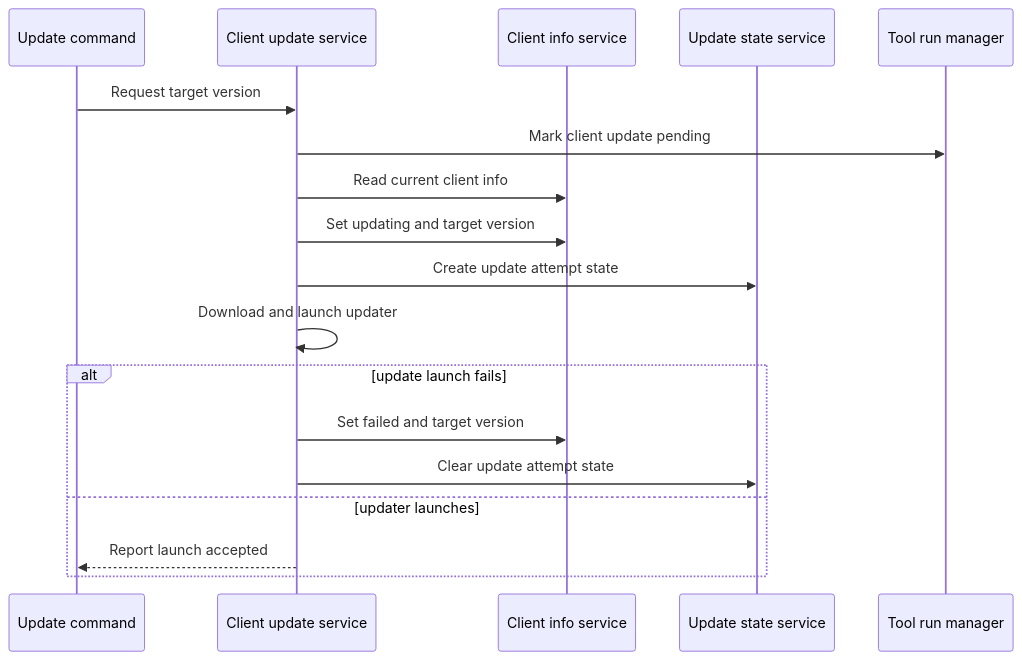
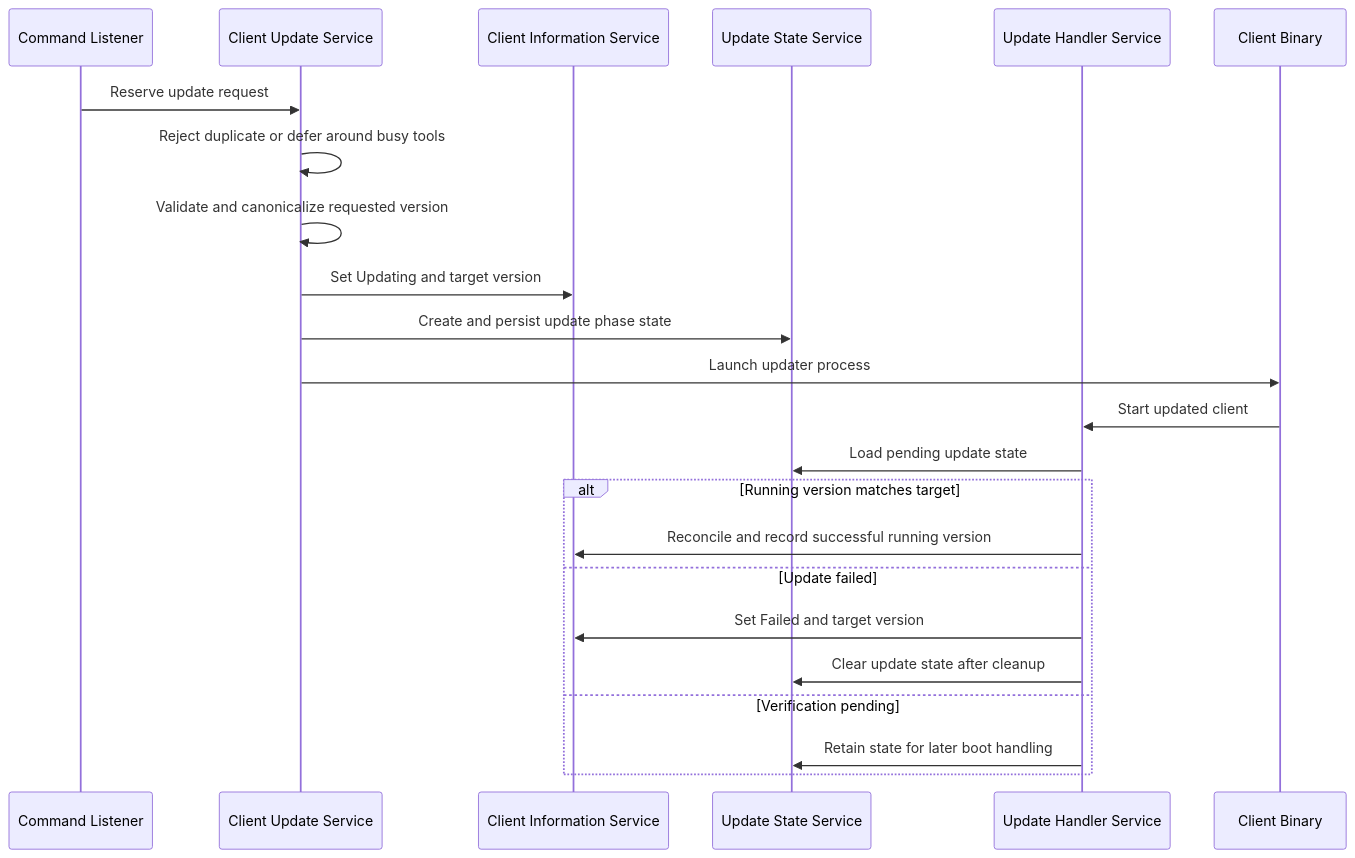
The third of 4 diagrams in docs/reference/architecture/openframe-client-core/model-client-info/model-client-info.md (flamingo-stack/openframe-oss-tenant), drawn with Mermaid before and after one commit. The commit also changed other lines of this file and 2377 other files, not shown here.

````diff
--- a/docs/reference/architecture/openframe-client-core/model-client-info/model-client-info.md
+++ b/docs/reference/architecture/openframe-client-core/model-client-info/model-client-info.md
@@ -105,20 +115,26 @@
 ```mermaid
 sequenceDiagram
-    participant Command as Update command
-    participant Update as Client update service
-    participant Info as Client info service
-    participant State as Update state service
-    participant Tools as Tool run manager
-    Command->>Update: Request target version
-    Update->>Tools: Mark client update pending
-    Update->>Info: Read current client info
-    Update->>Info: Set updating and target version
-    Update->>State: Create update attempt state
-    Update->>Update: Download and launch updater
-    alt update launch fails
-        Update->>Info: Set failed and target version
-        Update->>State: Clear update attempt state
-    else updater launches
-        Update-->>Command: Report launch accepted
+    participant Listener as Command Listener
+    participant Update as Client Update Service
+    participant Info as Client Information Service
+    participant State as Update State Service
+    participant Handler as Update Handler Service
+    participant Binary as Client Binary
+
+    Listener->>Update: Reserve update request
+    Update->>Update: Reject duplicate or defer around busy tools
+    Update->>Update: Validate and canonicalize requested version
+    Update->>Info: Set Updating and target version
+    Update->>State: Create and persist update phase state
+    Update->>Binary: Launch updater process
+    Binary->>Handler: Start updated client
+    Handler->>State: Load pending update state
+    alt Running version matches target
+        Handler->>Info: Reconcile and record successful running version
+    else Update failed
+        Handler->>Info: Set Failed and target version
+        Handler->>State: Clear update state after cleanup
+    else Verification pending
+        Handler->>State: Retain state for later boot handling
     end
 ```
````
